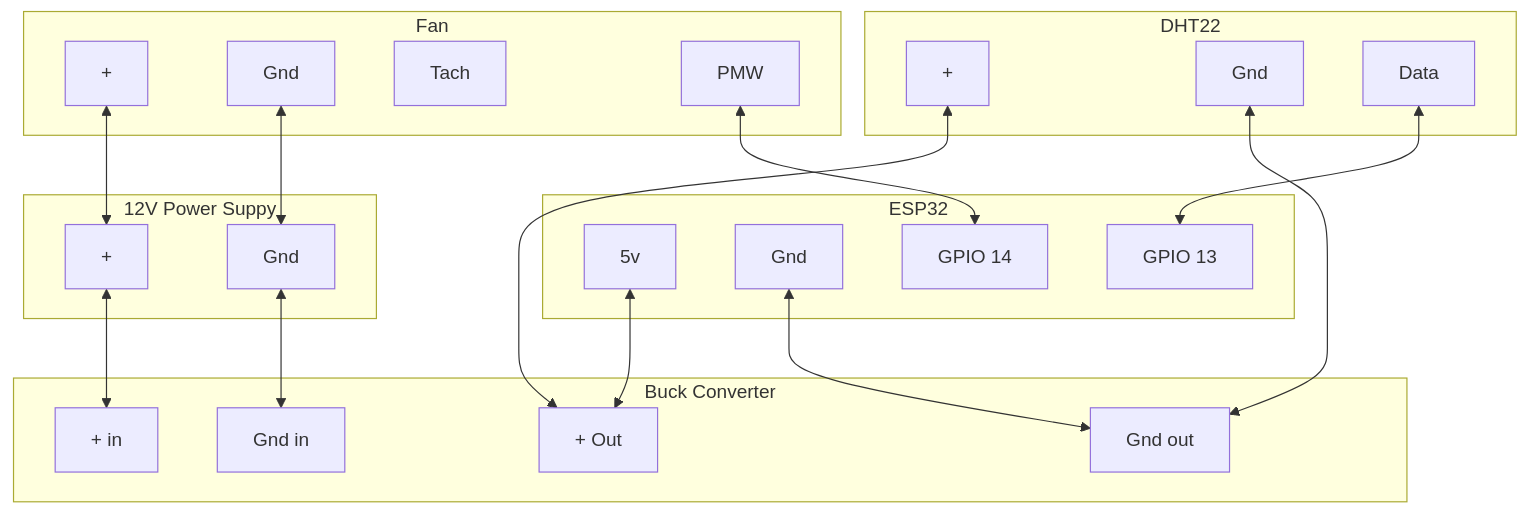
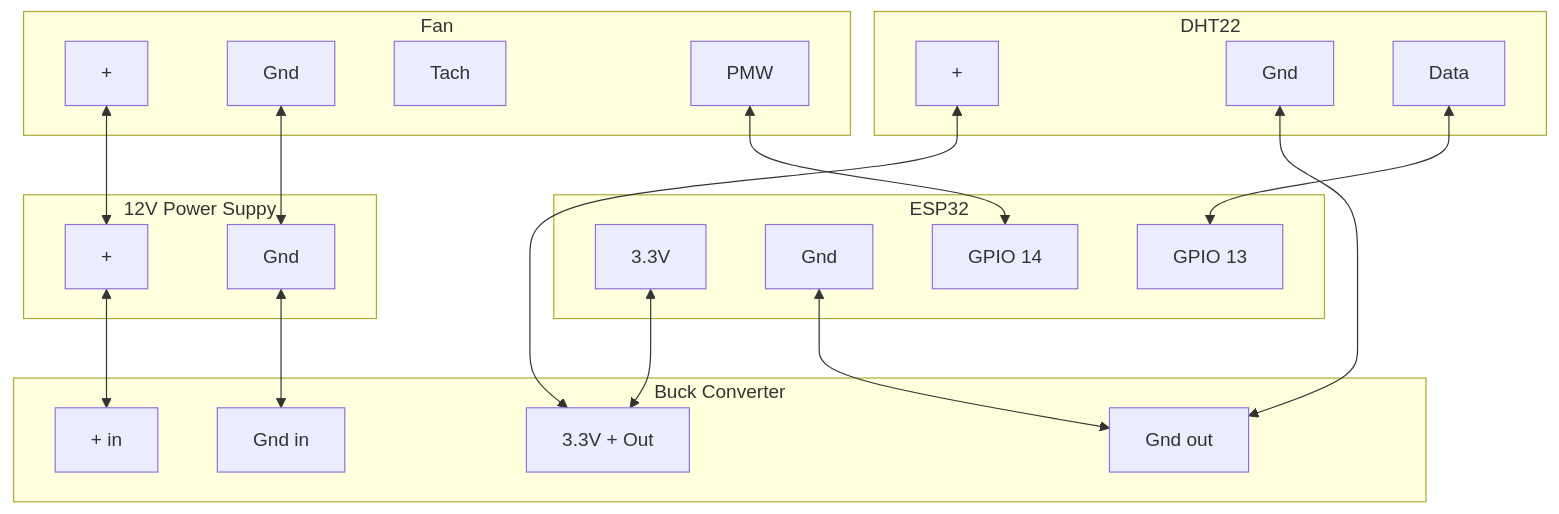
Before and after one commit to dpetzel/labrax-fan-controller: the diagram in README.md, drawn with Mermaid. The commit also changed other lines of this file, not shown here.

Commit message:
Fix ESP voltage

````diff
--- a/README.md
+++ b/README.md
@@ -20,51 +31,51 @@
 ```mermaid
 flowchart TD
     subgraph ESP32
-        esp_55[5v]
+        esp_33[3.3V]
         esp_gnd[Gnd]
         esp13[GPIO 13]
         esp14[GPIO 14]
     end
 
     subgraph 12V Power Suppy
         12v+[+]
         12v-[Gnd]
     end
 
     subgraph DHT22
         dht+[+]
         dht-[Gnd]
         dhtData[Data]
     end
 
     subgraph buck[Buck Converter]
         buckIn+[+ in]
         buckIn-[Gnd in]
-        buckOut+[+ Out]
+        buckOut+[3.3V + Out]
         buckOut-[Gnd out]
     end
 
     subgraph Fan
         fan+[+]
         fan-[Gnd]
         fanTach[Tach]
         fanPmw[PMW]
     end
 
     dhtData <--> esp13
 
     fanPmw <--> esp14
 
     12v+ <--> buckIn+
     12v- <--> buckIn-
 
     fan+ <--> 12v+
     fan- <--> 12v-
 
     dht+ <--> buckOut+
     dht- <--> buckOut-
     
 
-    esp_55 <--> buckOut+
+    esp_33 <--> buckOut+
     esp_gnd <--> buckOut-
 ```
````
